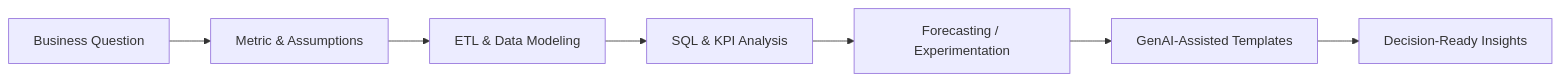
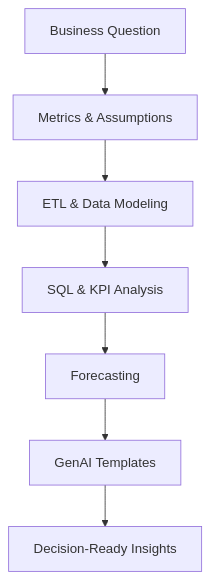
The diagram in README.md (mitabagul/mitabagul), drawn with Mermaid before and after one commit.

````diff
--- a/README.md
+++ b/README.md
@@ -11,9 +11,12 @@
 ```mermaid
-flowchart LR
-  A[Business Question] --> B[Metric & Assumptions]
-  B --> C[ETL & Data Modeling]
-  C --> D[SQL & KPI Analysis]
-  D --> E[Forecasting / Experimentation]
-  E --> F[GenAI-Assisted Templates]
-  F --> G[Decision-Ready Insights]
+flowchart TD
+    A[Business Question]
+    B[Metrics & Assumptions]
+    C[ETL & Data Modeling]
+    D[SQL & KPI Analysis]
+    E[Forecasting]
+    F[GenAI Templates]
+    G[Decision-Ready Insights]
+
+    A --> B --> C --> D --> E --> F --> G
 ```
````
